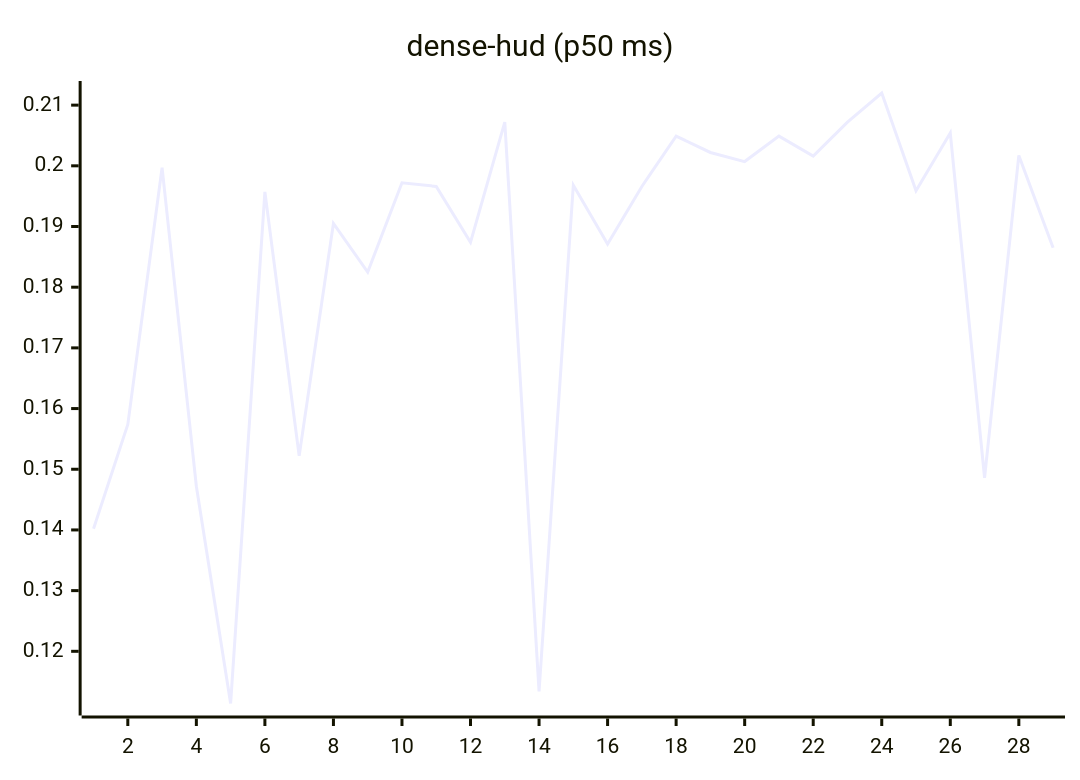
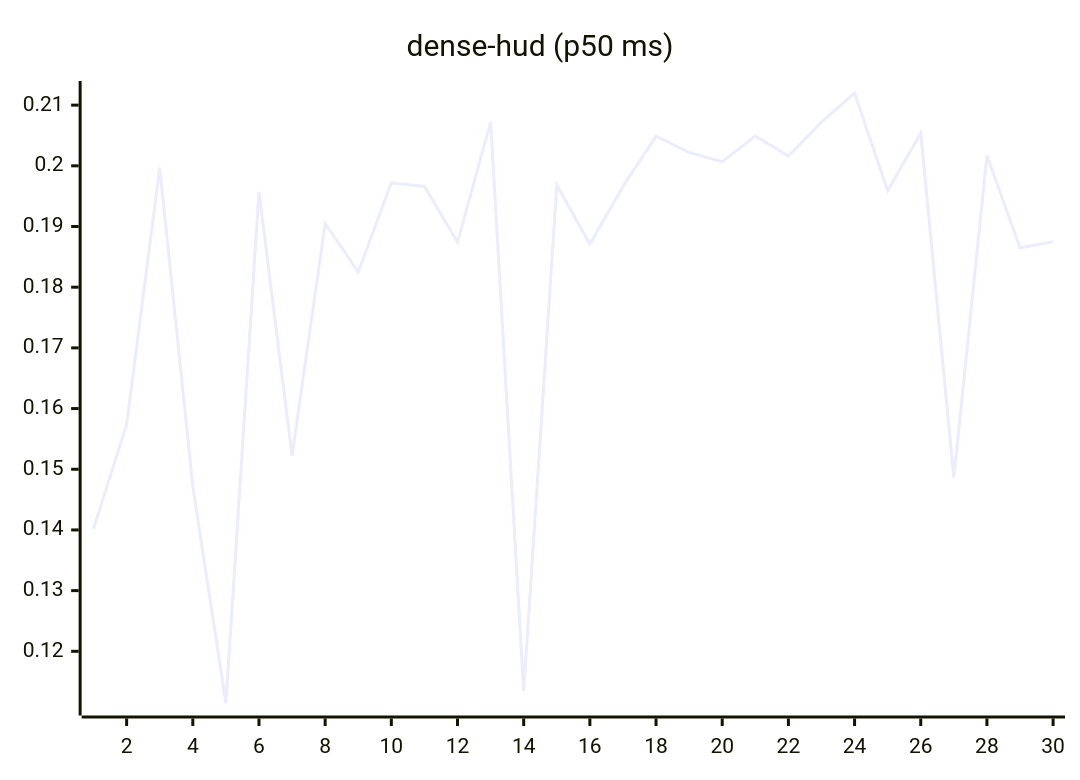
The eighth of 27 diagrams in README.md (josha/Facet), drawn with Mermaid before and after one commit. The commit also changed other lines of this file and 2 other files, not shown here.

````diff
--- a/README.md
+++ b/README.md
@@ -112,6 +112,6 @@
 ```mermaid
 xychart-beta
     title "dense-hud (p50 ms)"
-    x-axis 1 --> 29
-    line [0.1402, 0.1574, 0.1997, 0.1472, 0.1114, 0.1957, 0.1522, 0.1905, 0.1825, 0.1972, 0.1966, 0.1874, 0.2072, 0.1134, 0.1968, 0.1871, 0.1966, 0.2049, 0.2022, 0.2007, 0.2049, 0.2016, 0.2072, 0.2120, 0.1959, 0.2054, 0.1486, 0.2017, 0.1865]
+    x-axis 1 --> 30
+    line [0.1402, 0.1574, 0.1997, 0.1472, 0.1114, 0.1957, 0.1522, 0.1905, 0.1825, 0.1972, 0.1966, 0.1874, 0.2072, 0.1134, 0.1968, 0.1871, 0.1966, 0.2049, 0.2022, 0.2007, 0.2049, 0.2016, 0.2072, 0.2120, 0.1959, 0.2054, 0.1486, 0.2017, 0.1865, 0.1875]
 ```
````
